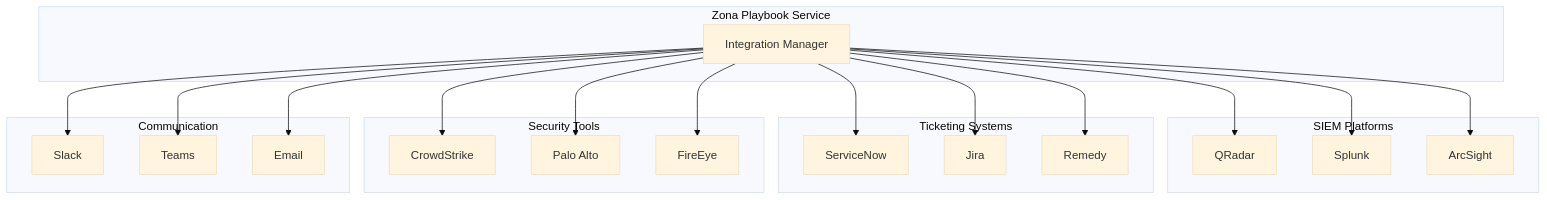
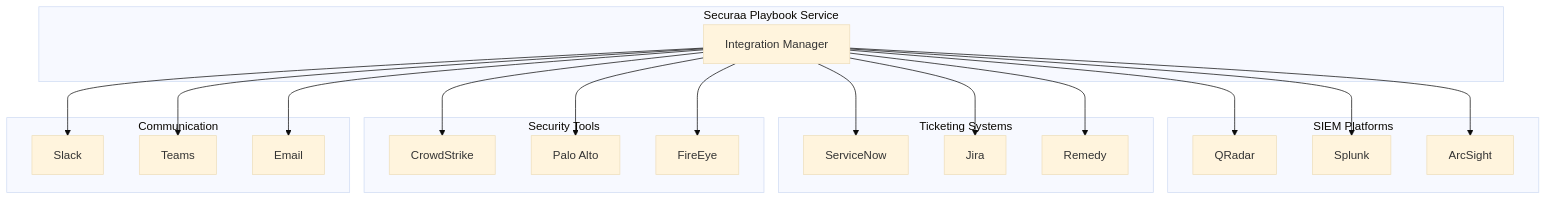
The ninth of 9 diagrams in HIGH_LEVEL_DESIGN.md (Vishwa0220/securaa-internal-documents), drawn with Mermaid (base theme) before and after one commit. The commit also changed other lines of this file, not shown here.

Commit message:
Update HIGH_LEVEL_DESIGN.md: replace zona with securaa and reduce code block spacing

````diff
--- a/HIGH_LEVEL_DESIGN.md
+++ b/HIGH_LEVEL_DESIGN.md
@@ -781,43 +780,43 @@
 ```mermaid
 graph TB
-    subgraph "Zona Playbook Service"
+    subgraph "Securaa Playbook Service"
         A[Integration Manager]
     end
     
     subgraph "SIEM Platforms"
         B1[QRadar]
         B2[Splunk]
         B3[ArcSight]
     end
     
     subgraph "Ticketing Systems"
         C1[ServiceNow]
         C2[Jira]
         C3[Remedy]
     end
     
     subgraph "Security Tools"
         D1[CrowdStrike]
         D2[Palo Alto]
         D3[FireEye]
     end
     
     subgraph "Communication"
         E1[Slack]
         E2[Teams]
         E3[Email]
     end
     
     A --> B1
     A --> B2
     A --> B3
     A --> C1
     A --> C2
     A --> C3
     A --> D1
     A --> D2
     A --> D3
     A --> E1
     A --> E2
     A --> E3
 ```
````
